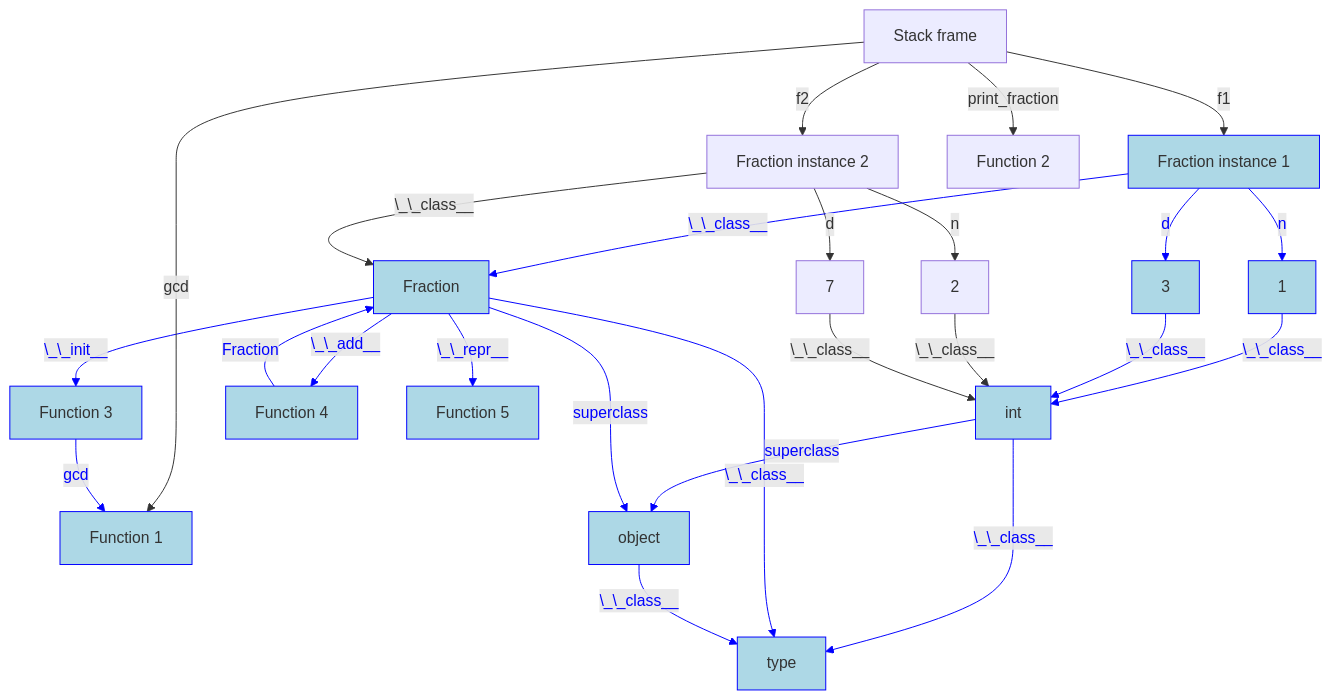
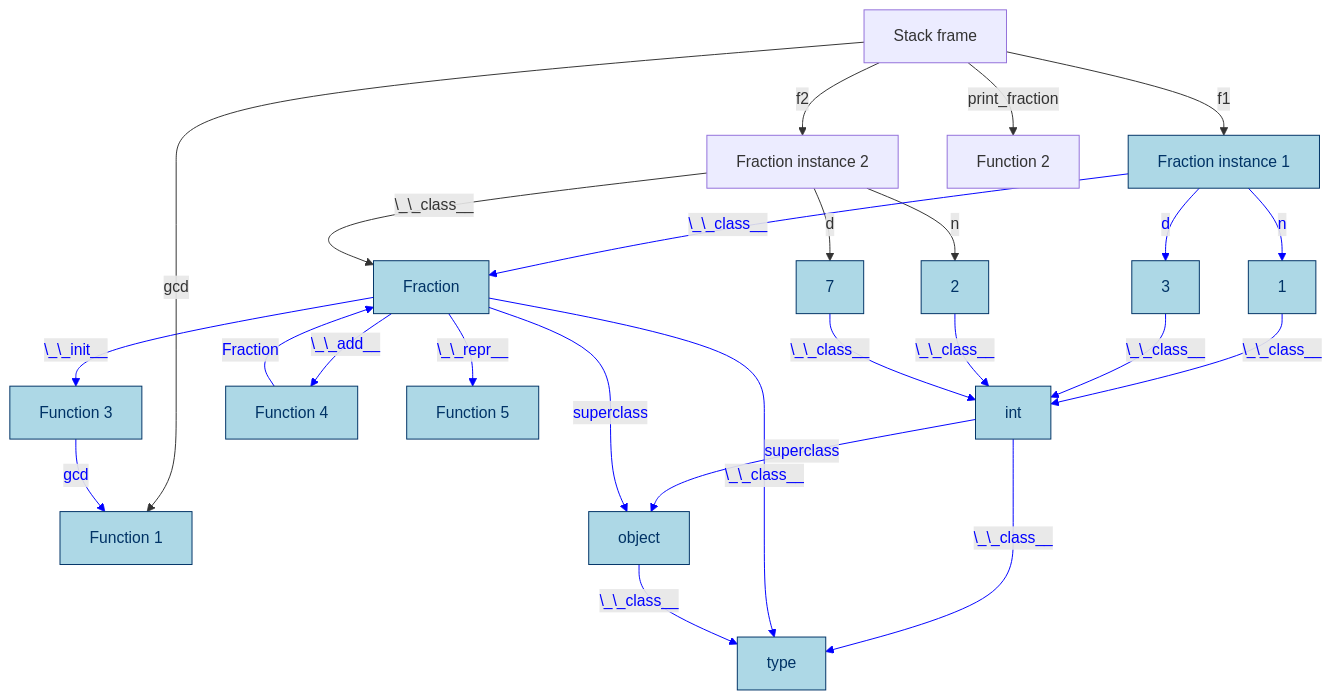
The seventh of 10 diagrams in pep795.md (TobiasWrigstad/peps), drawn with Mermaid before and after one commit. The commit also changed other lines of this file, not shown here.

````diff
--- a/pep795.md
+++ b/pep795.md
@@ -189,40 +619,42 @@
 ```mermaid
 graph TD;
   A[Stack frame]-- f1 -->B[Fraction instance 1]
   B-- n -->1
   B-- d -->3
   A-- f2 -->D[Fraction instance 2]
   D-- n -->2
   D-- d -->7
   B-- \_\_class__ -->E[Fraction]
   D-- \_\_class__ -->E
   1-- \_\_class__ -->int
   3-- \_\_class__ -->int
   2-- \_\_class__ -->int
   7-- \_\_class__ -->int
   int -- \_\_class__ -->type
   E-- \_\_init__ -->AA[Function 3]
   E-- \_\_add__ -->BB[Function 4]
   E-- \_\_repr__ -->CC[Function 5]
   E-- \_\_class__ -->type
   A-- gcd -->DD[Function 1]
   A-- print_fraction -->EE[Function 2]
   AA-- gcd -->DD
   BB-- Fraction -->E
   int -- superclass -->O[object]:::imm
   E -- superclass -->O
   O -- \_\_class__ -->type
 
   B:::imm
   1:::imm
   3:::imm
+  2:::imm
+  7:::imm
   int:::imm
   type:::imm
   E:::imm
   AA:::imm
   BB:::imm
   CC:::imm
   DD:::imm
-  classDef imm fill:#ADD8E6,stroke:#00f,stroke-width:1px;
-  linkStyle 1,2,6,8,9,12,13,14,15,16,19,20,21,22,23 stroke:#00f,stroke-width:1px,color:blue;
+  classDef imm fill:#ADD8E6,stroke:#003366,stroke-width:1px,color:#003366;
+  linkStyle 1,2,6,8,9,10,11,12,13,14,15,16,19,20,21,22,23 stroke:#00f,stroke-width:1px,color:blue;
 ```
````
